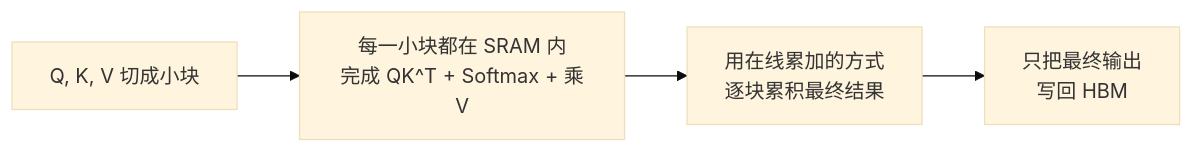
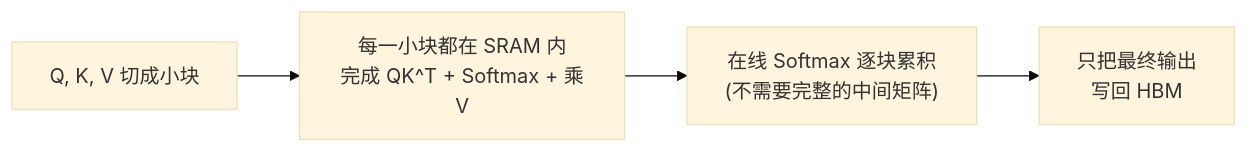
One commit to AI-learning-simple/Build-Your-Own-LLM changed the fifth of 5 diagrams in 2. Alignment 与训练工程/6. GPU 基础与算子——为什么理解硬件，才能真正理解训练与推理工程.md. Above: the diagram before and after it, drawn with Mermaid (base theme). The commit also changed other lines of this file and 41 other files, not shown here.

````diff
--- a/2. Alignment 与训练工程/6. GPU 基础与算子——为什么理解硬件，才能真正理解训练与推理工程.md
+++ b/2. Alignment 与训练工程/6. GPU 基础与算子——为什么理解硬件，才能真正理解训练与推理工程.md
@@ -112,4 +145,4 @@
 ```mermaid
 flowchart LR
-    A["Q, K, V 切成小块"] --> B["每一小块都在 SRAM 内<br/>完成 QK^T + Softmax + 乘V"] --> C["用在线累加的方式<br/>逐块累积最终结果"] --> D["只把最终输出<br/>写回 HBM"]
+    A["Q, K, V 切成小块"] --> B["每一小块都在 SRAM 内<br/>完成 QK^T + Softmax + 乘V"] --> C["在线 Softmax 逐块累积<br/>(不需要完整的中间矩阵)"] --> D["只把最终输出<br/>写回 HBM"]
 ```
````
